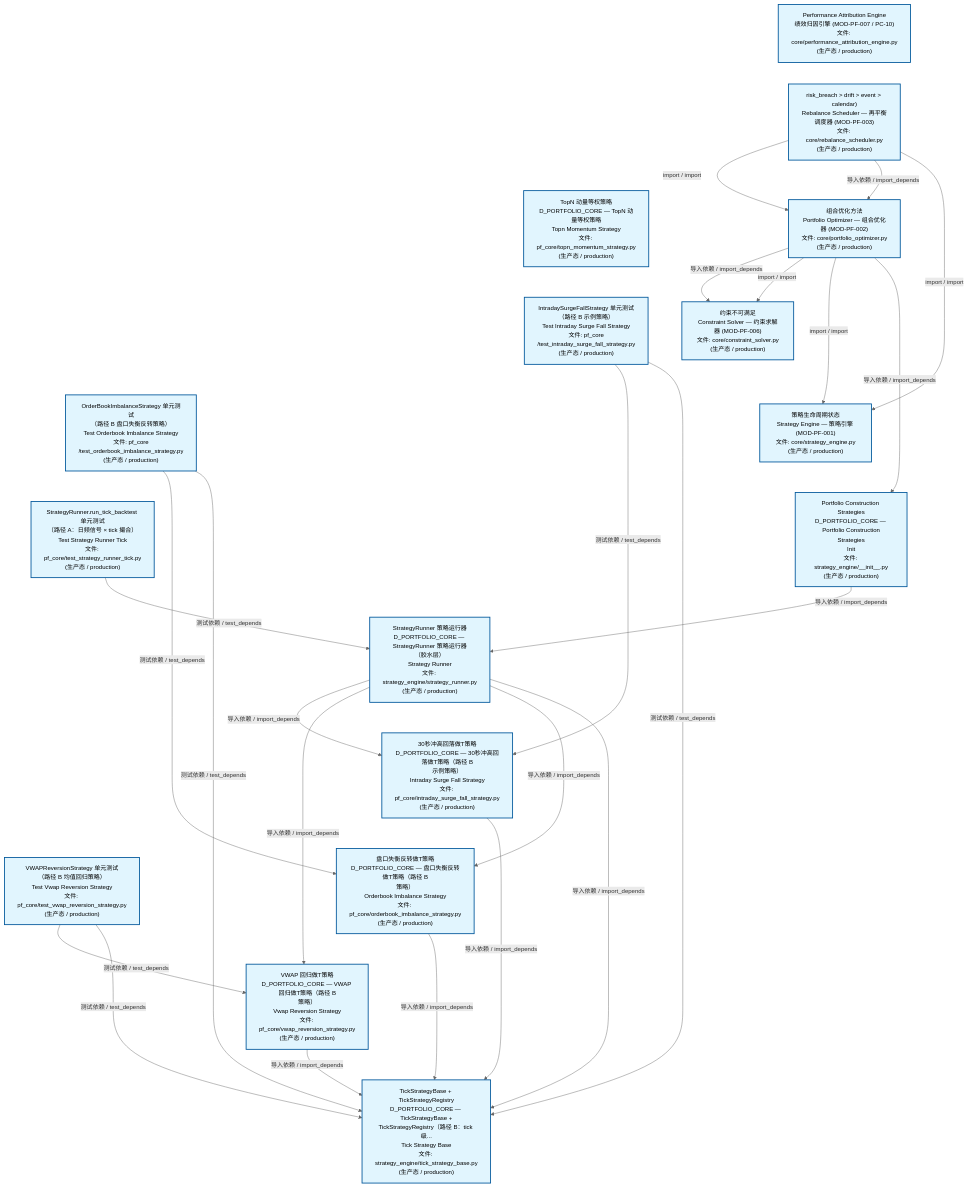
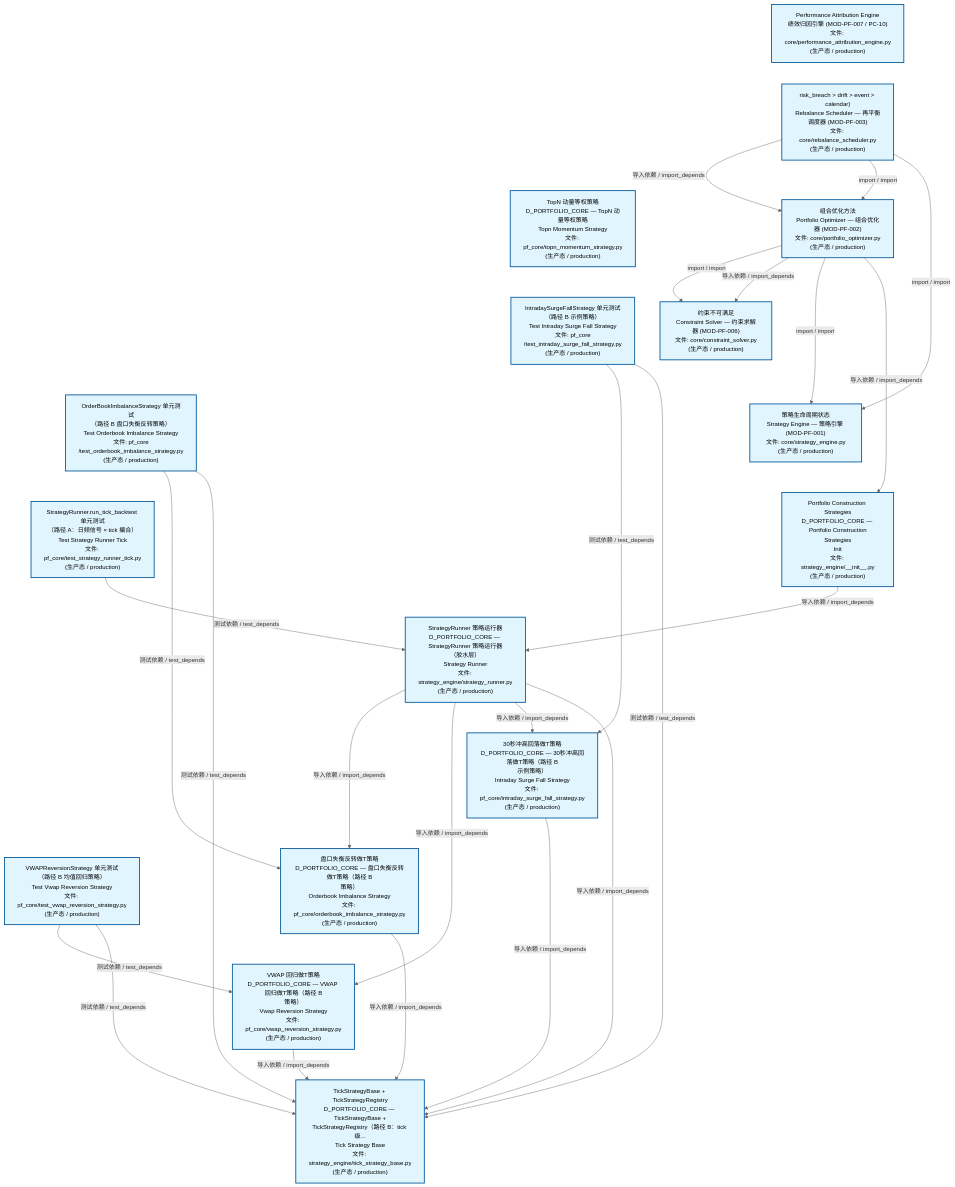
The second of 3 diagrams in docs/02_enterprise_architecture/02_domain_architecture_docs/63_d_pf_core.md (xuanFelixVan/ZephyrAlpha), drawn with Mermaid before and after one commit. The commit also changed other lines of this file and 66 other files, not shown here.

````diff
--- a/docs/02_enterprise_architecture/02_domain_architecture_docs/63_d_pf_core.md
+++ b/docs/02_enterprise_architecture/02_domain_architecture_docs/63_d_pf_core.md
@@ -140,57 +140,57 @@
 ```mermaid
 %%{init: {'theme': 'base', 'themeVariables': {'primaryColor': '#eaeaea', 'primaryTextColor': '#333333', 'primaryBorderColor': '#666666', 'lineColor': '#666666', 'secondaryColor': '#eaeaea', 'tertiaryColor': '#eaeaea', 'fontSize': '14px'}}}%%
 flowchart TD
     src_zephyr_pf_core_core_performance_attribution_engine_py["Performance Attribution Engine<br/>绩效归因引擎 (MOD-PF-007 / PC-10)<br/>文件: core/performance_attribution_engine.py<br/>(生产态 / production)"]
     src_zephyr_pf_core_core_rebalance_scheduler_py["risk_breach > drift > event > calendar)<br/>Rebalance Scheduler — 再平衡调度器 (MOD-PF-003)<br/>文件: core/rebalance_scheduler.py<br/>(生产态 / production)"]
     src_zephyr_pf_core_topn_momentum_strategy_py["TopN 动量等权策略<br/>D_PORTFOLIO_CORE — TopN 动量等权策略<br/>Topn Momentum Strategy<br/>文件: pf_core/topn_momentum_strategy.py<br/>(生产态 / production)"]
     tests_pf_core_test_intraday_surge_fall_strategy_py["IntradaySurgeFallStrategy 单元测试<br/>（路径 B 示例策略）<br/>Test Intraday Surge Fall Strategy<br/>文件: pf_core<br/>/test_intraday_surge_fall_strategy.py<br/>(生产态 / production)"]
     tests_pf_core_test_orderbook_imbalance_strategy_py["OrderBookImbalanceStrategy 单元测试<br/>（路径 B 盘口失衡反转策略）<br/>Test Orderbook Imbalance Strategy<br/>文件: pf_core<br/>/test_orderbook_imbalance_strategy.py<br/>(生产态 / production)"]
     tests_pf_core_test_strategy_runner_tick_py["StrategyRunner.run_tick_backtest 单元测试<br/>（路径 A：日频信号 × tick 撮合）<br/>Test Strategy Runner Tick<br/>文件: pf_core/test_strategy_runner_tick.py<br/>(生产态 / production)"]
     tests_pf_core_test_vwap_reversion_strategy_py["VWAPReversionStrategy 单元测试<br/>（路径 B 均值回归策略）<br/>Test Vwap Reversion Strategy<br/>文件: pf_core/test_vwap_reversion_strategy.py<br/>(生产态 / production)"]
     src_zephyr_pf_core_core_performance_attribution_engine_py ~~~ src_zephyr_pf_core_core_rebalance_scheduler_py
     src_zephyr_pf_core_core_rebalance_scheduler_py ~~~ src_zephyr_pf_core_topn_momentum_strategy_py
     src_zephyr_pf_core_topn_momentum_strategy_py ~~~ tests_pf_core_test_intraday_surge_fall_strategy_py
     tests_pf_core_test_intraday_surge_fall_strategy_py ~~~ tests_pf_core_test_orderbook_imbalance_strategy_py
     tests_pf_core_test_orderbook_imbalance_strategy_py ~~~ tests_pf_core_test_strategy_runner_tick_py
     tests_pf_core_test_strategy_runner_tick_py ~~~ tests_pf_core_test_vwap_reversion_strategy_py
     src_zephyr_pf_core_core_portfolio_optimizer_py["组合优化方法<br/>Portfolio Optimizer — 组合优化器 (MOD-PF-002)<br/>文件: core/portfolio_optimizer.py<br/>(生产态 / production)"]
     src_zephyr_pf_core_core_constraint_solver_py["约束不可满足<br/>Constraint Solver — 约束求解器 (MOD-PF-006)<br/>文件: core/constraint_solver.py<br/>(生产态 / production)"]
     src_zephyr_pf_core_core_strategy_engine_py["策略生命周期状态<br/>Strategy Engine — 策略引擎 (MOD-PF-001)<br/>文件: core/strategy_engine.py<br/>(生产态 / production)"]
     src_zephyr_pf_core_strategy_engine_init_py["Portfolio Construction Strategies<br/>D_PORTFOLIO_CORE — Portfolio Construction<br/>Strategies<br/>Init<br/>文件: strategy_engine/__init__.py<br/>(生产态 / production)"]
     src_zephyr_pf_core_core_constraint_solver_py ~~~ src_zephyr_pf_core_core_strategy_engine_py
     src_zephyr_pf_core_core_strategy_engine_py ~~~ src_zephyr_pf_core_strategy_engine_init_py
     src_zephyr_pf_core_strategy_engine_strategy_runner_py["StrategyRunner 策略运行器<br/>D_PORTFOLIO_CORE — StrategyRunner 策略运行器<br/>（胶水层）<br/>Strategy Runner<br/>文件: strategy_engine/strategy_runner.py<br/>(生产态 / production)"]
     src_zephyr_pf_core_intraday_surge_fall_strategy_py["30秒冲高回落做T策略<br/>D_PORTFOLIO_CORE — 30秒冲高回落做T策略（路径 B<br/>示例策略）<br/>Intraday Surge Fall Strategy<br/>文件: pf_core/intraday_surge_fall_strategy.py<br/>(生产态 / production)"]
     src_zephyr_pf_core_orderbook_imbalance_strategy_py["盘口失衡反转做T策略<br/>D_PORTFOLIO_CORE — 盘口失衡反转做T策略（路径 B<br/>策略）<br/>Orderbook Imbalance Strategy<br/>文件: pf_core/orderbook_imbalance_strategy.py<br/>(生产态 / production)"]
     src_zephyr_pf_core_vwap_reversion_strategy_py["VWAP 回归做T策略<br/>D_PORTFOLIO_CORE — VWAP 回归做T策略（路径 B<br/>策略）<br/>Vwap Reversion Strategy<br/>文件: pf_core/vwap_reversion_strategy.py<br/>(生产态 / production)"]
     src_zephyr_pf_core_intraday_surge_fall_strategy_py ~~~ src_zephyr_pf_core_orderbook_imbalance_strategy_py
     src_zephyr_pf_core_orderbook_imbalance_strategy_py ~~~ src_zephyr_pf_core_vwap_reversion_strategy_py
     src_zephyr_pf_core_strategy_engine_tick_strategy_base_py["TickStrategyBase + TickStrategyRegistry<br/>D_PORTFOLIO_CORE — TickStrategyBase +<br/>TickStrategyRegistry（路径 B：tick 级...<br/>Tick Strategy Base<br/>文件: strategy_engine/tick_strategy_base.py<br/>(生产态 / production)"]
+    src_zephyr_pf_core_orderbook_imbalance_strategy_py -->|导入依赖 / import_depends| src_zephyr_pf_core_strategy_engine_tick_strategy_base_py
+    src_zephyr_pf_core_vwap_reversion_strategy_py -->|导入依赖 / import_depends| src_zephyr_pf_core_strategy_engine_tick_strategy_base_py
     src_zephyr_pf_core_intraday_surge_fall_strategy_py -->|导入依赖 / import_depends| src_zephyr_pf_core_strategy_engine_tick_strategy_base_py
-    src_zephyr_pf_core_vwap_reversion_strategy_py -->|导入依赖 / import_depends| src_zephyr_pf_core_strategy_engine_tick_strategy_base_py
-    src_zephyr_pf_core_orderbook_imbalance_strategy_py -->|导入依赖 / import_depends| src_zephyr_pf_core_strategy_engine_tick_strategy_base_py
+    src_zephyr_pf_core_core_portfolio_optimizer_py -->|import / import| src_zephyr_pf_core_core_constraint_solver_py
     src_zephyr_pf_core_core_portfolio_optimizer_py -->|导入依赖 / import_depends| src_zephyr_pf_core_core_constraint_solver_py
-    src_zephyr_pf_core_core_portfolio_optimizer_py -->|import / import| src_zephyr_pf_core_core_constraint_solver_py
     src_zephyr_pf_core_core_portfolio_optimizer_py -->|import / import| src_zephyr_pf_core_core_strategy_engine_py
     src_zephyr_pf_core_core_portfolio_optimizer_py -->|导入依赖 / import_depends| src_zephyr_pf_core_strategy_engine_init_py
+    src_zephyr_pf_core_strategy_engine_strategy_runner_py -->|导入依赖 / import_depends| src_zephyr_pf_core_orderbook_imbalance_strategy_py
+    src_zephyr_pf_core_strategy_engine_strategy_runner_py -->|导入依赖 / import_depends| src_zephyr_pf_core_vwap_reversion_strategy_py
+    src_zephyr_pf_core_strategy_engine_strategy_runner_py -->|导入依赖 / import_depends| src_zephyr_pf_core_intraday_surge_fall_strategy_py
+    src_zephyr_pf_core_strategy_engine_strategy_runner_py -->|导入依赖 / import_depends| src_zephyr_pf_core_strategy_engine_tick_strategy_base_py
+    src_zephyr_pf_core_core_rebalance_scheduler_py -->|导入依赖 / import_depends| src_zephyr_pf_core_core_portfolio_optimizer_py
     src_zephyr_pf_core_core_rebalance_scheduler_py -->|import / import| src_zephyr_pf_core_core_portfolio_optimizer_py
-    src_zephyr_pf_core_core_rebalance_scheduler_py -->|导入依赖 / import_depends| src_zephyr_pf_core_core_portfolio_optimizer_py
     src_zephyr_pf_core_core_rebalance_scheduler_py -->|import / import| src_zephyr_pf_core_core_strategy_engine_py
     src_zephyr_pf_core_strategy_engine_init_py -->|导入依赖 / import_depends| src_zephyr_pf_core_strategy_engine_strategy_runner_py
-    src_zephyr_pf_core_strategy_engine_strategy_runner_py -->|导入依赖 / import_depends| src_zephyr_pf_core_intraday_surge_fall_strategy_py
-    src_zephyr_pf_core_strategy_engine_strategy_runner_py -->|导入依赖 / import_depends| src_zephyr_pf_core_vwap_reversion_strategy_py
-    src_zephyr_pf_core_strategy_engine_strategy_runner_py -->|导入依赖 / import_depends| src_zephyr_pf_core_orderbook_imbalance_strategy_py
-    src_zephyr_pf_core_strategy_engine_strategy_runner_py -->|导入依赖 / import_depends| src_zephyr_pf_core_strategy_engine_tick_strategy_base_py
+    tests_pf_core_test_intraday_surge_fall_strategy_py -->|测试依赖 / test_depends| src_zephyr_pf_core_intraday_surge_fall_strategy_py
+    tests_pf_core_test_intraday_surge_fall_strategy_py -->|测试依赖 / test_depends| src_zephyr_pf_core_strategy_engine_tick_strategy_base_py
     tests_pf_core_test_orderbook_imbalance_strategy_py -->|测试依赖 / test_depends| src_zephyr_pf_core_orderbook_imbalance_strategy_py
     tests_pf_core_test_orderbook_imbalance_strategy_py -->|测试依赖 / test_depends| src_zephyr_pf_core_strategy_engine_tick_strategy_base_py
-    tests_pf_core_test_intraday_surge_fall_strategy_py -->|测试依赖 / test_depends| src_zephyr_pf_core_intraday_surge_fall_strategy_py
-    tests_pf_core_test_intraday_surge_fall_strategy_py -->|测试依赖 / test_depends| src_zephyr_pf_core_strategy_engine_tick_strategy_base_py
+    tests_pf_core_test_strategy_runner_tick_py -->|测试依赖 / test_depends| src_zephyr_pf_core_strategy_engine_strategy_runner_py
     tests_pf_core_test_vwap_reversion_strategy_py -->|测试依赖 / test_depends| src_zephyr_pf_core_vwap_reversion_strategy_py
     tests_pf_core_test_vwap_reversion_strategy_py -->|测试依赖 / test_depends| src_zephyr_pf_core_strategy_engine_tick_strategy_base_py
-    tests_pf_core_test_strategy_runner_tick_py -->|测试依赖 / test_depends| src_zephyr_pf_core_strategy_engine_strategy_runner_py
     classDef production fill:#e1f5fe,stroke:#01579b,stroke-width:2px,color:#000
     classDef design fill:#fff3e0,stroke:#e65100,stroke-width:2px,color:#000,stroke-dasharray: 5 5
     classDef external_prod fill:#e8f4fd,stroke:#0277bd,stroke-width:1px,color:#000
     classDef external_design fill:#fff8e7,stroke:#ef6c00,stroke-width:1px,color:#000,stroke-dasharray: 5 5
     class src_zephyr_pf_core_core_constraint_solver_py,src_zephyr_pf_core_core_performance_attribution_engine_py,src_zephyr_pf_core_core_portfolio_optimizer_py,src_zephyr_pf_core_core_rebalance_scheduler_py,src_zephyr_pf_core_core_strategy_engine_py,src_zephyr_pf_core_intraday_surge_fall_strategy_py,src_zephyr_pf_core_orderbook_imbalance_strategy_py,src_zephyr_pf_core_strategy_engine_init_py,src_zephyr_pf_core_strategy_engine_strategy_runner_py,src_zephyr_pf_core_strategy_engine_tick_strategy_base_py,src_zephyr_pf_core_topn_momentum_strategy_py,src_zephyr_pf_core_vwap_reversion_strategy_py,tests_pf_core_test_intraday_surge_fall_strategy_py,tests_pf_core_test_orderbook_imbalance_strategy_py,tests_pf_core_test_strategy_runner_tick_py,tests_pf_core_test_vwap_reversion_strategy_py production
 ```
````
